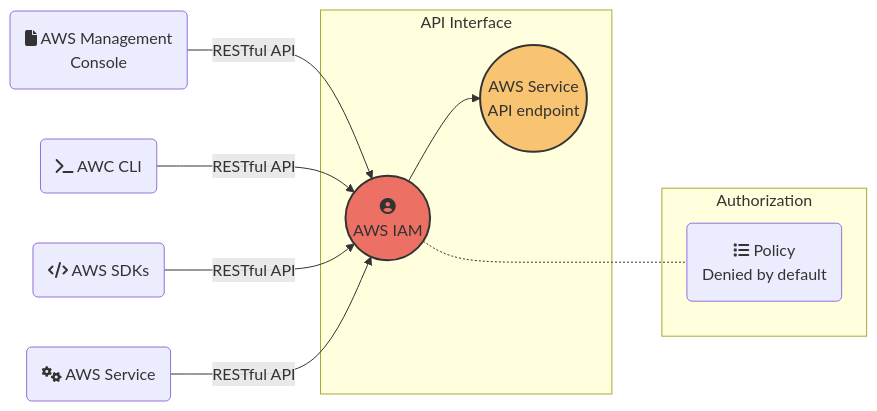
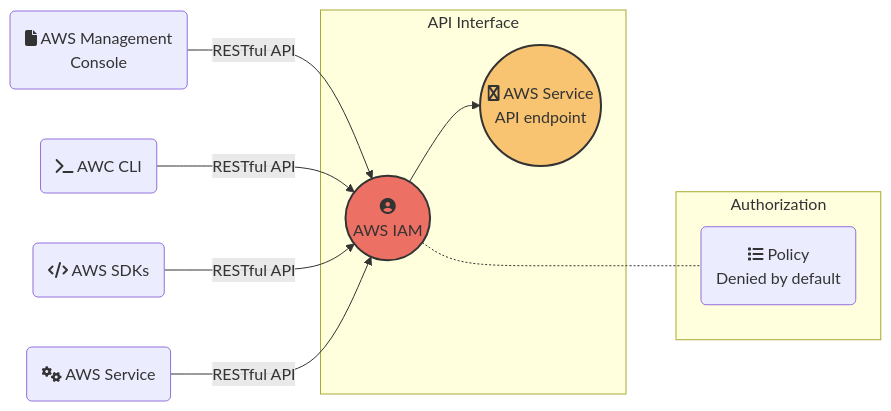
The first of 2 diagrams in AWS/Identity_and_Access_management/user_group_role_policy.md (NimaSaed/AWS-Security), drawn with Mermaid before and after one commit. The commit also changed other lines of this file and 7 other files, not shown here.

````diff
--- a/AWS/Identity_and_Access_management/user_group_role_policy.md
+++ b/AWS/Identity_and_Access_management/user_group_role_policy.md
@@ -4,26 +12,26 @@
 ```mermaid
 graph LR
 
   A("fa:fa-file AWS Management <br> Console")
   B(fa:fa-terminal AWC CLI)
   C(fa:fa-code AWS SDKs)
   D(fa:fa-cogs AWS Service)
 
-  E((AWS Service <br/> API endpoint))
+  E((fa:fa-chrome AWS Service <br/> API endpoint))
   F((fa:fa-user-circle<br>AWS IAM))
 
   A -->|RESTful API| F
   B -->|RESTful API| F
   C -->|RESTful API| F
   D -->|RESTful API| F
   subgraph API Interface
   F --> E
   end
 
   subgraph policy [Authorization]
     F ..- G(fa:fa-list Policy <br> Denied by default)
   end
 
   style E fill:#F8C471,stroke:#333,stroke-width:2px
   style F fill:#EC7063,stroke:#333,stroke-width:2px
 ```
````
